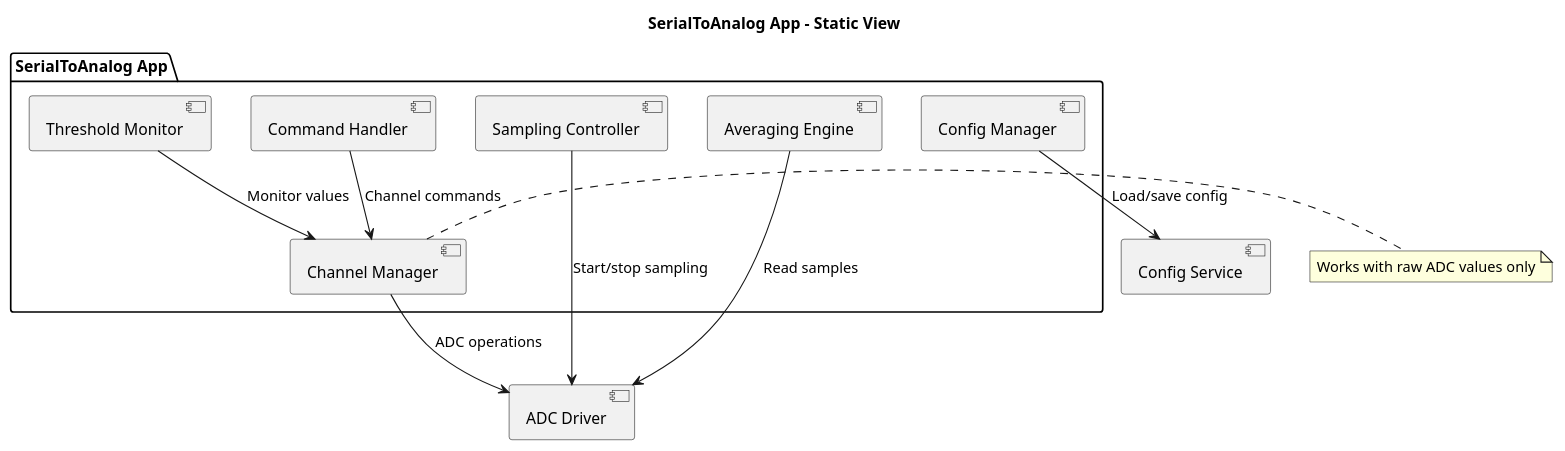
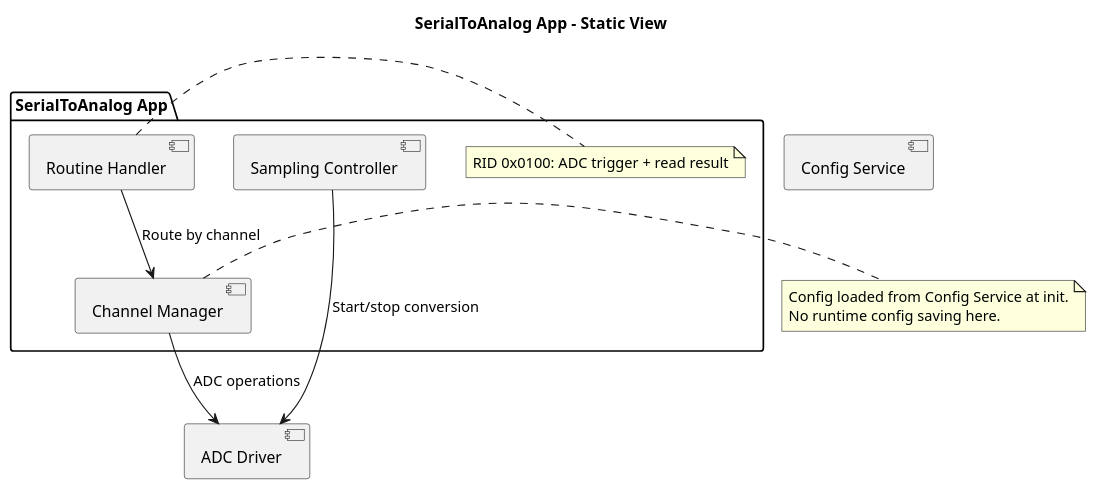
Before and after one commit to LinhTrucVo/Bico_Protocol_Bridge: the diagram in 2_architecture/fucntionView/layer3Application/serialToAnalogApp/staticView.puml, drawn with PlantUML. The commit also changed 17 other files, not shown here.

```diff
--- a/2_architecture/fucntionView/layer3Application/serialToAnalogApp/staticView.puml
+++ b/2_architecture/fucntionView/layer3Application/serialToAnalogApp/staticView.puml
@@ -1,28 +1,26 @@
 @startuml
 
 title SerialToAnalog App - Static View
 
 package "SerialToAnalog App" {
-    [Command Handler] as cmdHandler
+    [Routine Handler] as routineHandler
+    note right of routineHandler
+        RID 0x0100: ADC trigger + read result
+    end note
     [Channel Manager] as channelMgr
     [Sampling Controller] as samplingCtrl
-    [Averaging Engine] as averaging
-    [Threshold Monitor] as thresholdMon
-    [Config Manager] as configMgr
 }
 
 [ADC Driver] as adcDriver
 [Config Service] as configService
 
-cmdHandler --> channelMgr : Channel commands
+routineHandler --> channelMgr : Route by channel
 channelMgr --> adcDriver : ADC operations
-samplingCtrl --> adcDriver : Start/stop sampling
-averaging --> adcDriver : Read samples
-thresholdMon --> channelMgr : Monitor values
-configMgr --> configService : Load/save config
+samplingCtrl --> adcDriver : Start/stop conversion
 
 note right of channelMgr
-  Works with raw ADC values only
+    Config loaded from Config Service at init.
+    No runtime config saving here.
 end note
 
 @enduml
```
